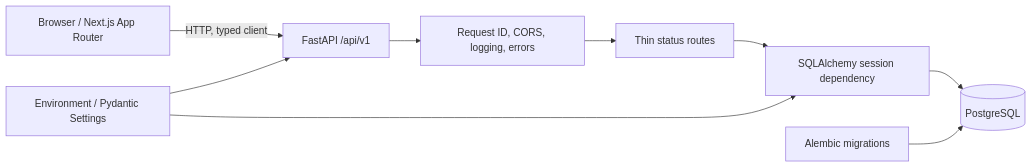
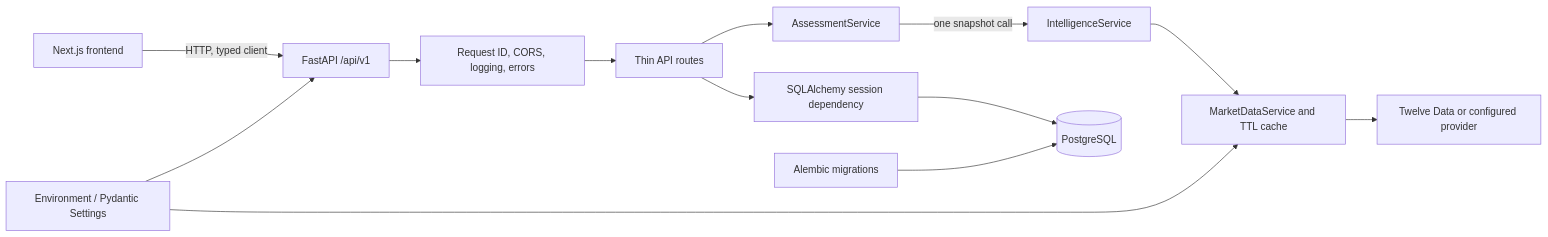
One commit to Surya-Sudhakar/investment-intelligence-platform changed the diagram in docs/architecture.md. Above: the diagram before and after it, drawn with Mermaid. The commit also changed other lines of this file and 78 other files, not shown here.

````diff
--- a/docs/architecture.md
+++ b/docs/architecture.md
@@ -10,11 +9,15 @@
 ```mermaid
 flowchart LR
-    Browser["Browser / Next.js App Router"] -->|"HTTP, typed client"| API["FastAPI /api/v1"]
+    Browser["Next.js frontend"] -->|"HTTP, typed client"| API["FastAPI /api/v1"]
     API --> MW["Request ID, CORS, logging, errors"]
-    MW --> Routes["Thin status routes"]
+    MW --> Routes["Thin API routes"]
+    Routes --> Assessment["AssessmentService"]
+    Assessment -->|"one snapshot call"| Intelligence["IntelligenceService"]
+    Intelligence --> MarketData["MarketDataService and TTL cache"]
+    MarketData --> Provider["Twelve Data or configured provider"]
     Routes --> Session["SQLAlchemy session dependency"]
     Session --> PostgreSQL[(PostgreSQL)]
     Config["Environment / Pydantic Settings"] --> API
-    Config --> Session
+    Config --> MarketData
     Alembic["Alembic migrations"] --> PostgreSQL
 ```
````
